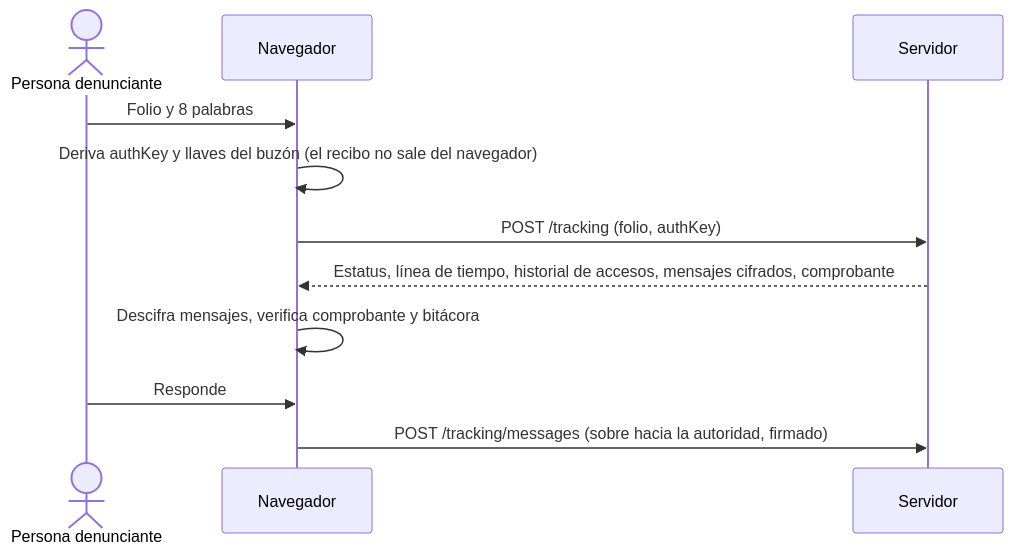
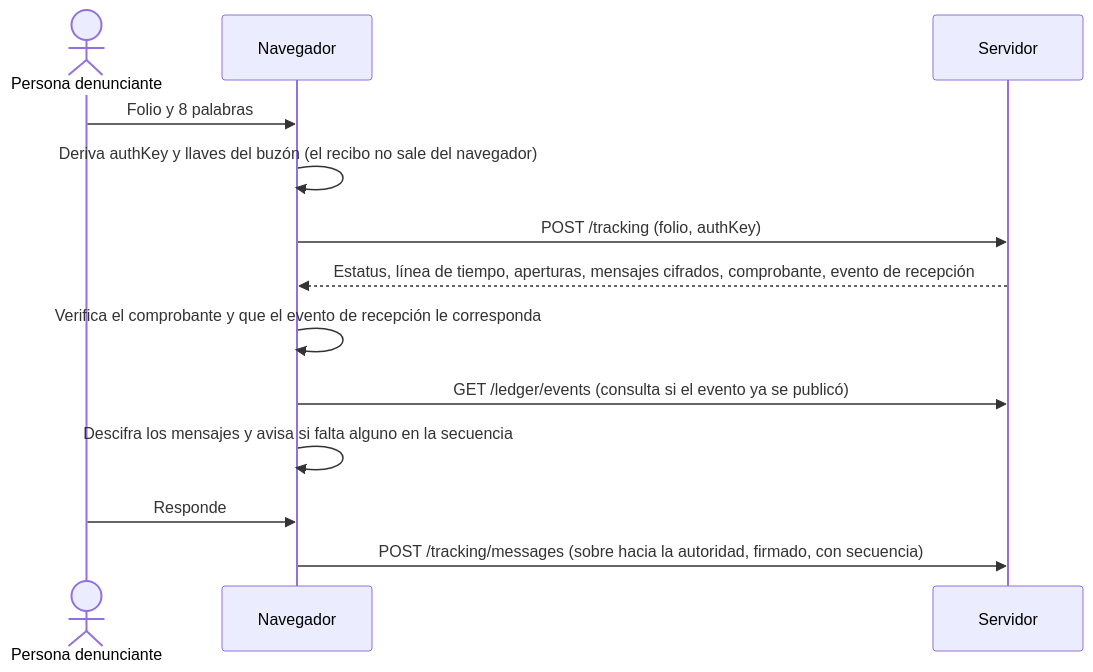
Before and after one commit to GuilleOp/sigilo-s5: the fourth of 5 diagrams in docs/arquitectura.md, drawn with Mermaid. The commit also changed other lines of this file and 14 other files, not shown here.

````diff
--- a/docs/arquitectura.md
+++ b/docs/arquitectura.md
@@ -99,13 +109,15 @@
 ```mermaid
 sequenceDiagram
   actor D as Persona denunciante
   participant W as Navegador
   participant S as Servidor
   D->>W: Folio y 8 palabras
   W->>W: Deriva authKey y llaves del buzón (el recibo no sale del navegador)
   W->>S: POST /tracking (folio, authKey)
-  S-->>W: Estatus, línea de tiempo, historial de accesos, mensajes cifrados, comprobante
-  W->>W: Descifra mensajes, verifica comprobante y bitácora
+  S-->>W: Estatus, línea de tiempo, aperturas, mensajes cifrados, comprobante, evento de recepción
+  W->>W: Verifica el comprobante y que el evento de recepción le corresponda
+  W->>S: GET /ledger/events (consulta si el evento ya se publicó)
+  W->>W: Descifra los mensajes y avisa si falta alguno en la secuencia
   D->>W: Responde
-  W->>S: POST /tracking/messages (sobre hacia la autoridad, firmado)
+  W->>S: POST /tracking/messages (sobre hacia la autoridad, firmado, con secuencia)
 ```
````
